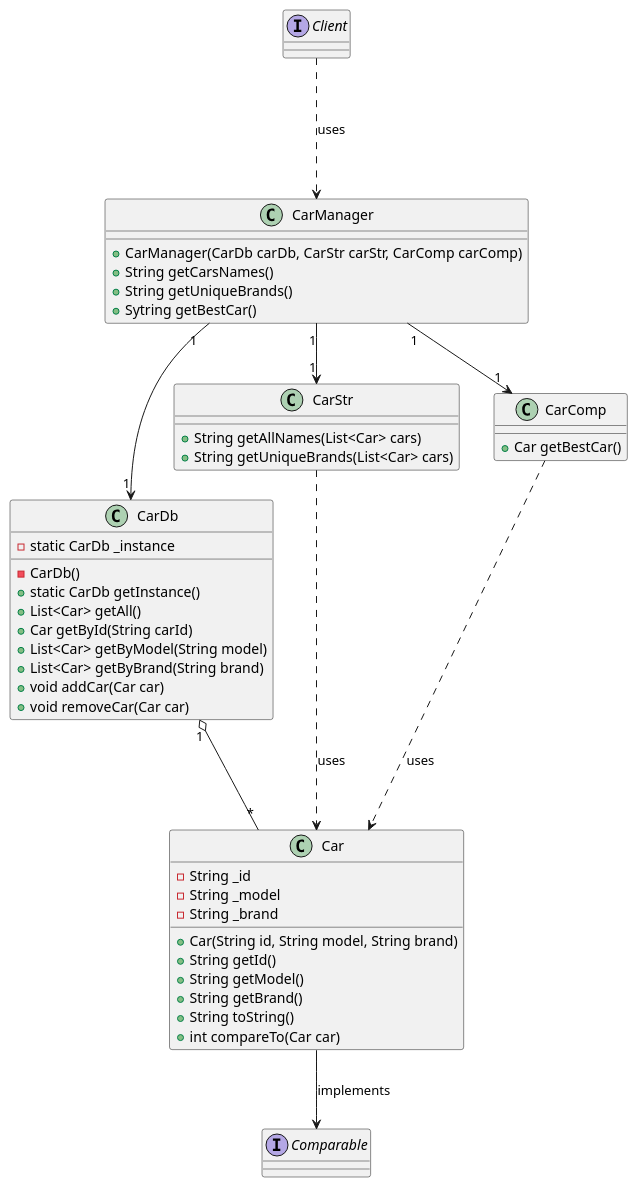
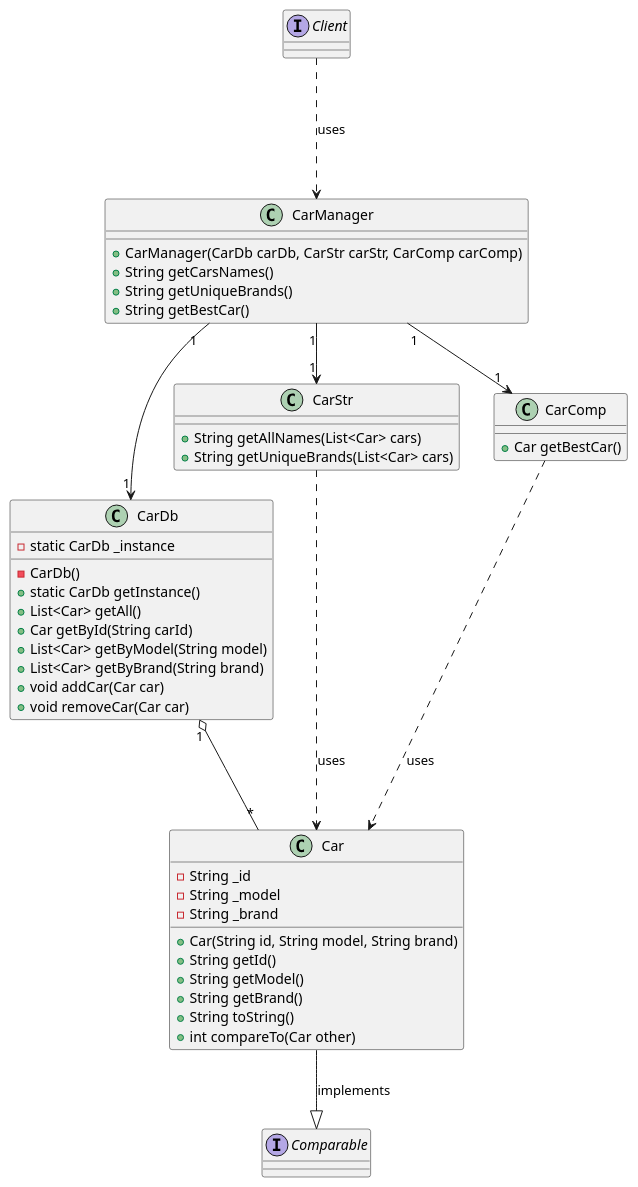
Before and after one commit to idris-saddi/SOLID-Lab: the diagram in SRP/src/com/directi/training/srp/exercise_refactored/refactored.pu, drawn with PlantUML. The commit also changed 31 other files, not shown here.

```diff
--- a/SRP/src/com/directi/training/srp/exercise_refactored/refactored.pu
+++ b/SRP/src/com/directi/training/srp/exercise_refactored/refactored.pu
@@ -1,53 +1,53 @@
-@startuml refactoredSRP
+@startuml refactoredSRP(S)
 interface Comparable
 interface Client
 
 class Car {
     - String _id
     - String _model
     - String _brand
     + Car(String id, String model, String brand)
     + String getId()
     + String getModel()
     + String getBrand()
     + String toString()
-    + int compareTo(Car car)
+    + int compareTo(Car other)
 }
 
 class CarDb {
     - static CarDb _instance
     - CarDb()
     + static CarDb getInstance()
     + List<Car> getAll()
     + Car getById(String carId)
     + List<Car> getByModel(String model)
     + List<Car> getByBrand(String brand)
     + void addCar(Car car)
     + void removeCar(Car car)
 }
 
 class CarStr {
     + String getAllNames(List<Car> cars)
     + String getUniqueBrands(List<Car> cars)
 }
 
 class CarComp {
     + Car getBestCar()
 }
 
 class CarManager {
     + CarManager(CarDb carDb, CarStr carStr, CarComp carComp)
     + String getCarsNames()
     + String getUniqueBrands()
-    + Sytring getBestCar()
+    + String getBestCar()
 }
 
 CarManager "1" --> "1" CarDb
 CarManager "1" --> "1" CarStr
 CarManager "1" --> "1" CarComp
 CarDb "1" o-- "*" Car
 CarStr  -.->  Car : uses
 CarComp  -.->  Car : uses
-Car --> Comparable : implements
+Car --|> Comparable : implements
 Client -.-> CarManager : uses
 @enduml
```
